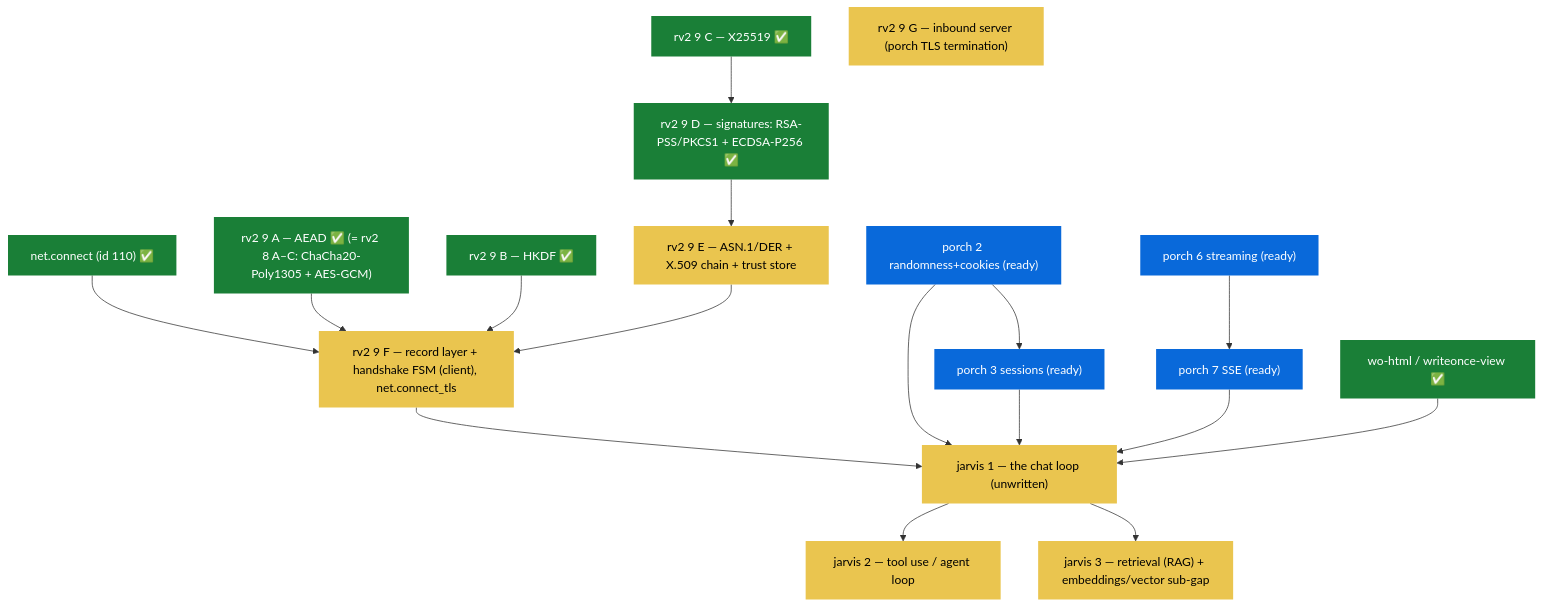
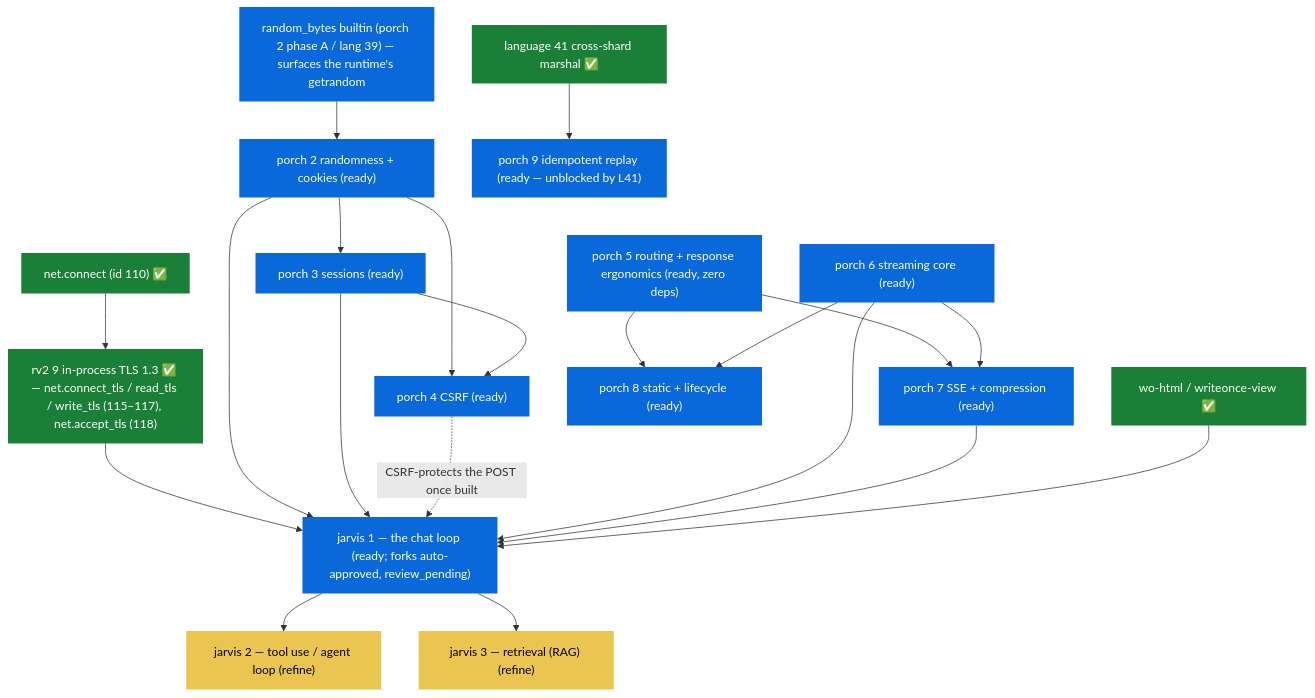
The eighth of 8 diagrams in docs/00-dependency-graph.md (shoneyJ/writeonce), drawn with Mermaid before and after one commit. The commit also changed other lines of this file and 11 other files, not shown here.

First line of the commit message:
docs(audit): fix stale docs against the code (TLS, net.connect, RNG, lang-41); jarvis deps

````diff
--- a/docs/00-dependency-graph.md
+++ b/docs/00-dependency-graph.md
@@ -434,42 +434,46 @@
 ```mermaid
 flowchart TD
     classDef done fill:#1a7f37,color:#fff,stroke:none
     classDef ready fill:#0969da,color:#fff,stroke:none
     classDef refine fill:#eac54f,color:#000,stroke:none
-    classDef held fill:#6e7781,color:#fff,stroke:none
 
     NC["net.connect (id 110) ✅"]:::done
-    A["rv2 9 A — AEAD ✅ (= rv2 8 A–C: ChaCha20-Poly1305 + AES-GCM)"]:::done
-    B["rv2 9 B — HKDF ✅"]:::done
-    C["rv2 9 C — X25519 ✅"]:::done
-    D["rv2 9 D — signatures: RSA-PSS/PKCS1 + ECDSA-P256 ✅"]:::done
-    E["rv2 9 E — ASN.1/DER + X.509 chain + trust store"]:::refine
-    F["rv2 9 F — record layer + handshake FSM (client), net.connect_tls"]:::refine
-    G["rv2 9 G — inbound server (porch TLS termination)"]:::refine
-
-    P2["porch 2 randomness+cookies (ready)"]:::ready
-    P3["porch 3 sessions (ready)"]:::ready
-    P6["porch 6 streaming (ready)"]:::ready
-    P7["porch 7 SSE (ready)"]:::ready
+    TLS["rv2 9 in-process TLS 1.3 ✅ — net.connect_tls / read_tls / write_tls (115–117), net.accept_tls (118)"]:::done
+    L41["language 41 cross-shard marshal ✅"]:::done
     WOHTML["wo-html / writeonce-view ✅"]:::done
 
-    J1["jarvis 1 — the chat loop (unwritten)"]:::refine
-    J2["jarvis 2 — tool use / agent loop"]:::refine
-    J3["jarvis 3 — retrieval (RAG) + embeddings/vector sub-gap"]:::refine
+    RB["random_bytes builtin (porch 2 phase A / lang 39) — surfaces the runtime's getrandom"]:::ready
+    P2["porch 2 randomness + cookies (ready)"]:::ready
+    P3["porch 3 sessions (ready)"]:::ready
+    P4["porch 4 CSRF (ready)"]:::ready
+    P5["porch 5 routing + response ergonomics (ready, zero deps)"]:::ready
+    P6["porch 6 streaming core (ready)"]:::ready
+    P7["porch 7 SSE + compression (ready)"]:::ready
+    P8["porch 8 static + lifecycle (ready)"]:::ready
+    P9["porch 9 idempotent replay (ready — unblocked by L41)"]:::ready
 
-    NC --> F
-    A --> F
-    B --> F
-    C --> D
-    D --> E
-    E --> F
-    F --> J1
+    J1["jarvis 1 — the chat loop (ready; forks auto-approved, review_pending)"]:::ready
+    J2["jarvis 2 — tool use / agent loop (refine)"]:::refine
+    J3["jarvis 3 — retrieval (RAG) (refine)"]:::refine
+
+    NC --> TLS
+    RB --> P2
     P2 --> P3
+    P2 --> P4
+    P3 --> P4
+    P5 --> P7
+    P5 --> P8
     P6 --> P7
+    P6 --> P8
+    L41 --> P9
+
+    TLS --> J1
     P2 --> J1
     P3 --> J1
+    P4 -. CSRF-protects the POST once built .-> J1
+    P6 --> J1
     P7 --> J1
     WOHTML --> J1
     J1 --> J2
     J1 --> J3
 ```
````
